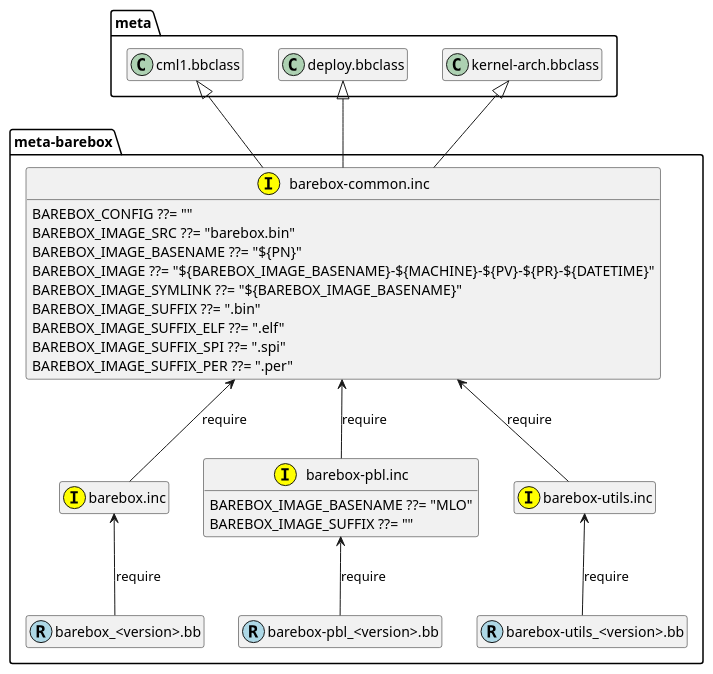
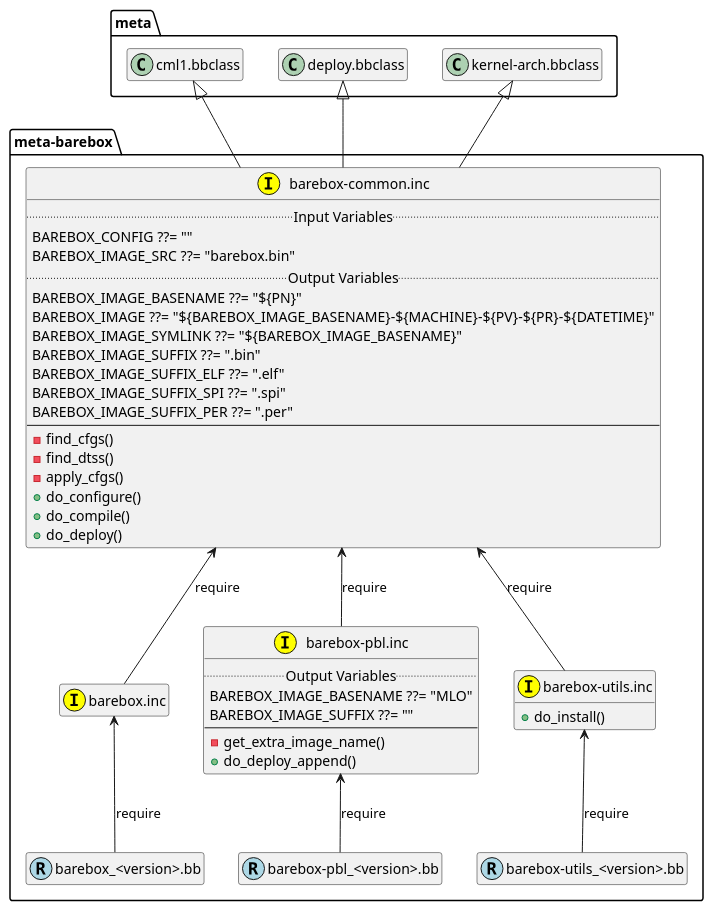
One commit to menschel-d/meta-barebox changed the diagram in doc/barebox_recipes.plantuml. Above: the diagram before and after it, drawn with PlantUML.

Commit message:
Extend diagram with functions

```diff
--- a/doc/barebox_recipes.plantuml
+++ b/doc/barebox_recipes.plantuml
@@ -1,58 +1,73 @@
 @startuml
 
-package "meta" <<Folder>> {
+skinparam packageStyle Folder
+
+package "meta" {
 	class Cml1 as "cml1.bbclass"
 	class Deploy as "deploy.bbclass"
 	class KernelArch as "kernel-arch.bbclass"
 }
 
-package "meta-barebox" <<Folder>> {
+package "meta-barebox" {
 	class BareboxCommonInc as "barebox-common.inc" << (I, yellow) >> {
+		.. Input Variables ..
 		BAREBOX_CONFIG ??= ""
 		BAREBOX_IMAGE_SRC ??= "barebox.bin"
+		.. Output Variables ..
 		BAREBOX_IMAGE_BASENAME ??= "${PN}"
 		BAREBOX_IMAGE ??= "${BAREBOX_IMAGE_BASENAME}-${MACHINE}-${PV}-${PR}-${DATETIME}"
 		BAREBOX_IMAGE_SYMLINK ??= "${BAREBOX_IMAGE_BASENAME}"
 		BAREBOX_IMAGE_SUFFIX ??= ".bin"
 		BAREBOX_IMAGE_SUFFIX_ELF ??= ".elf"
 		BAREBOX_IMAGE_SUFFIX_SPI ??= ".spi"
 		BAREBOX_IMAGE_SUFFIX_PER ??= ".per"
+		--
+		-find_cfgs()
+		-find_dtss()
+		-apply_cfgs()
+		+do_configure()
+		+do_compile()
+		+do_deploy()
 	}
 
 	class BareboxInc as "barebox.inc" << (I, yellow) >> {
 	}
 
 	class BareboxPblInc as "barebox-pbl.inc" << (I, yellow) >> {
+		.. Output Variables ..
 		BAREBOX_IMAGE_BASENAME ??= "MLO"
 		BAREBOX_IMAGE_SUFFIX ??= ""
+		--
+		-get_extra_image_name()
+		+do_deploy_append()
 	}
 
 	class BareboxUtilsInc as "barebox-utils.inc" << (I, yellow) >> {
+		+do_install()
 	}
 
 	class BareboxBb as "barebox_<version>.bb" << (R, lightblue) >> {
 	}
 
 	class BareboxPblBb as "barebox-pbl_<version>.bb" << (R, lightblue) >> {
 	}
 
 	class BareboxUtilsBb as "barebox-utils_<version>.bb" << (R, lightblue) >> {
 	}
 
 	BareboxCommonInc <-- BareboxInc : require
 	BareboxCommonInc <-- BareboxPblInc : require
 	BareboxCommonInc <-- BareboxUtilsInc : require
 
 	BareboxInc <-- BareboxBb : require
 	BareboxPblInc <-- BareboxPblBb : require
 	BareboxUtilsInc <-- BareboxUtilsBb : require
 }
 
 Cml1 <|-- BareboxCommonInc
 Deploy <|-- BareboxCommonInc
 KernelArch <|-- BareboxCommonInc
 
 hide empty members
-hide empty methods
 
 @enduml
```
